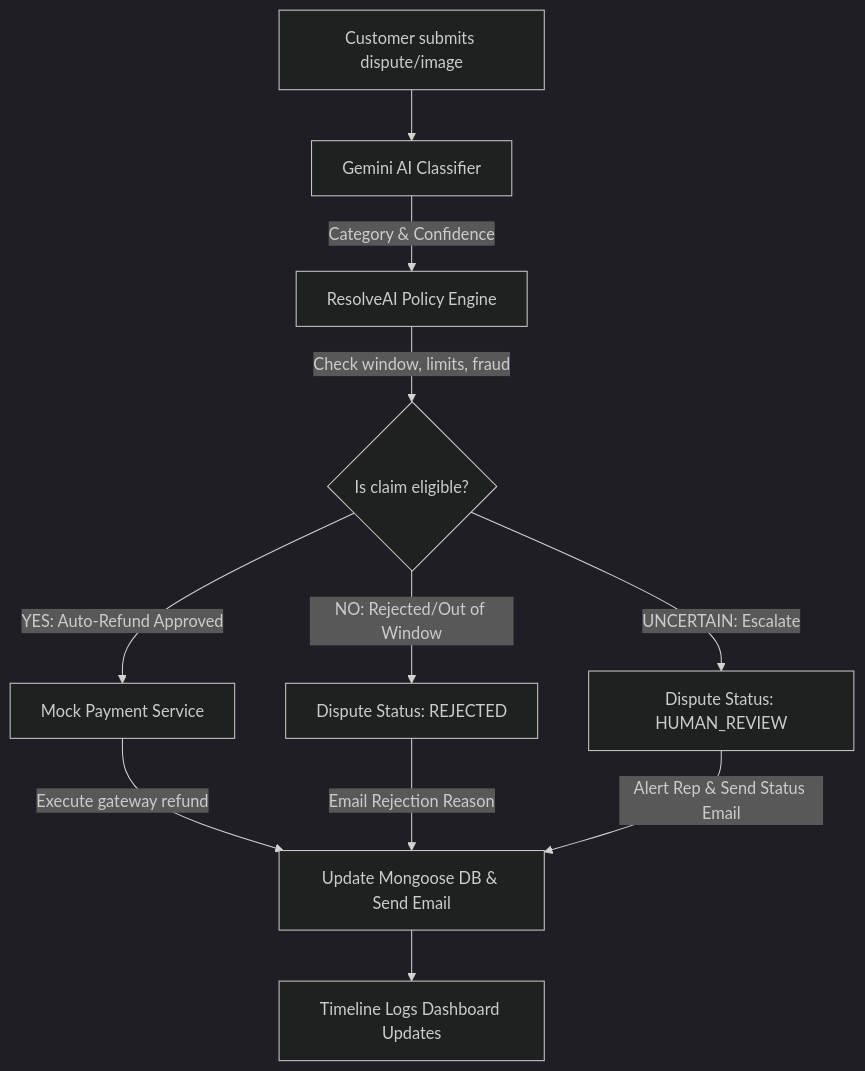
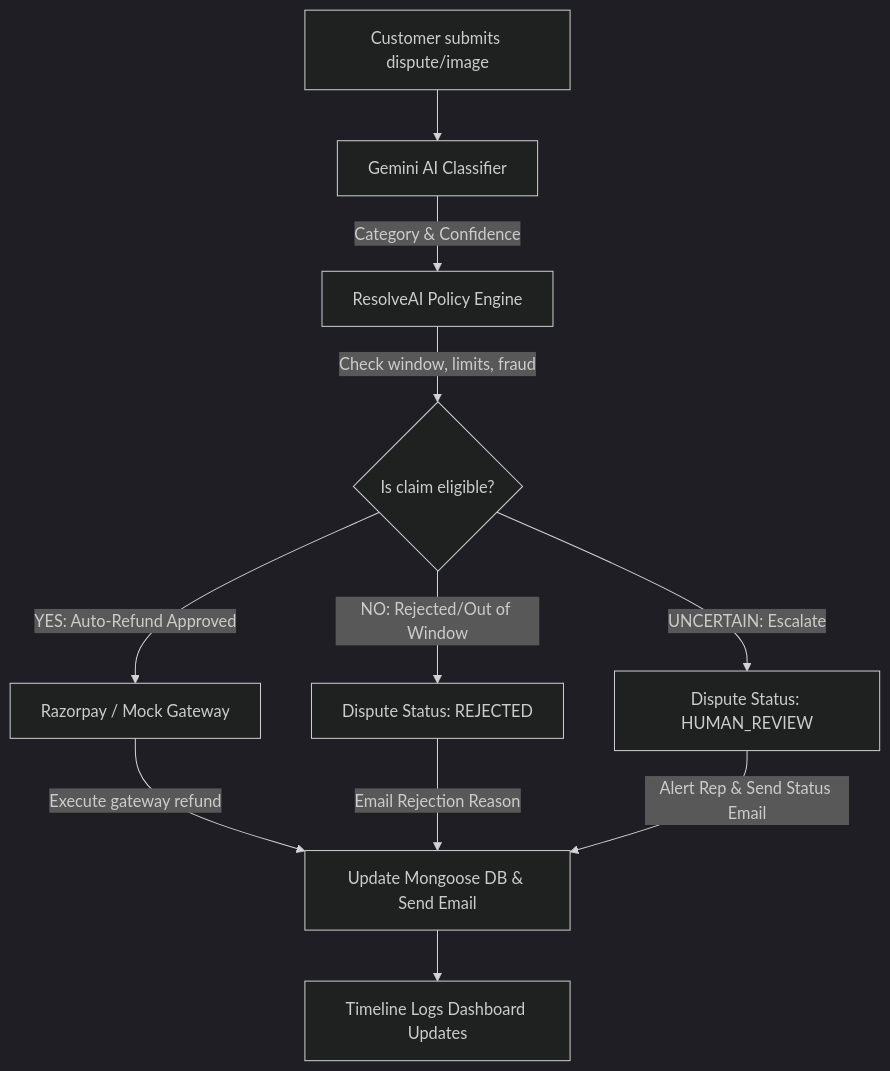
One commit to BIKRAM-GORAI/promptwars changed the diagram in README.md. Above: the diagram before and after it, drawn with Mermaid (dark theme). The commit also changed other lines of this file and 2 other files, not shown here.

````diff
--- a/README.md
+++ b/README.md
@@ -11,13 +11,13 @@
 ```mermaid
 graph TD
     A[Customer submits dispute/image] --> B[Gemini AI Classifier]
     B -->|Category & Confidence| C[ResolveAI Policy Engine]
     C -->|Check window, limits, fraud| D{Is claim eligible?}
-    D -->|YES: Auto-Refund Approved| E[Mock Payment Service]
+    D -->|YES: Auto-Refund Approved| E[Razorpay / Mock Gateway]
     D -->|NO: Rejected/Out of Window| F[Dispute Status: REJECTED]
     D -->|UNCERTAIN: Escalate| G[Dispute Status: HUMAN_REVIEW]
     E -->|Execute gateway refund| H[Update Mongoose DB & Send Email]
     F -->|Email Rejection Reason| H
     G -->|Alert Rep & Send Status Email| H
     H --> I[Timeline Logs Dashboard Updates]
 ```
````
